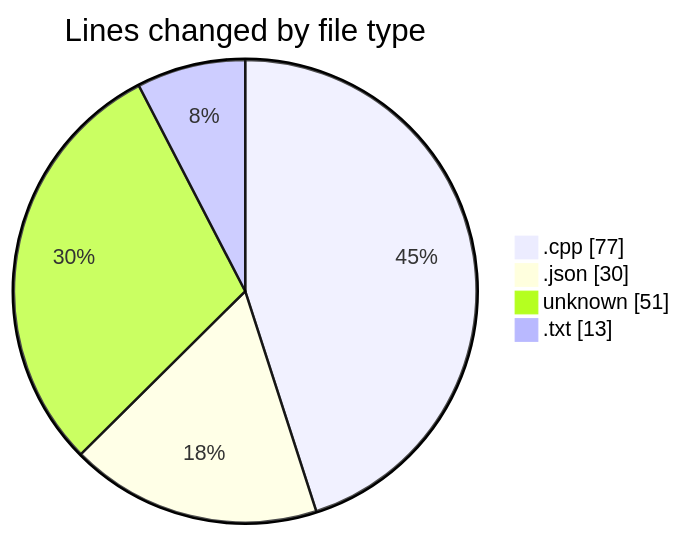
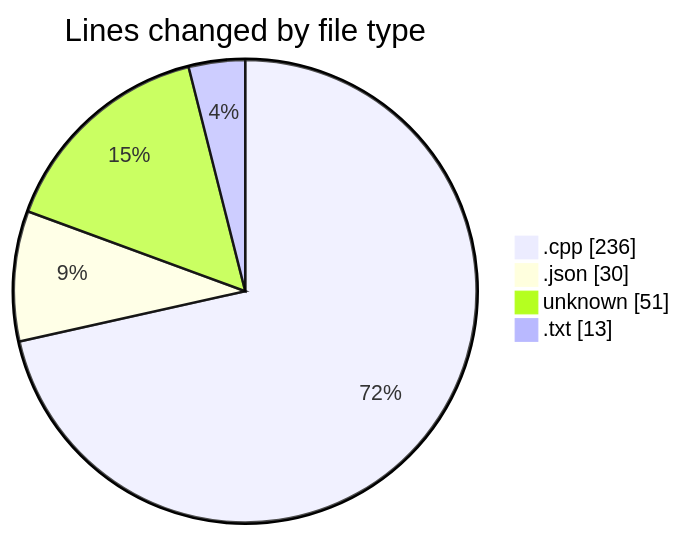
One commit to Netris89/code-tracking changed the first of 2 diagrams in 2025-03-30/echo/README.md. Above: the diagram before and after it, drawn with Mermaid. The commit also changed other lines of this file and 1 other file, not shown here.

````diff
--- a/2025-03-30/echo/README.md
+++ b/2025-03-30/echo/README.md
@@ -23,8 +23,8 @@
 ```mermaid
 pie showData
 title Lines changed by file type
-".cpp" : 77
+".cpp" : 236
 ".json" : 30
 "unknown" : 51
 ".txt" : 13
 ```
````
